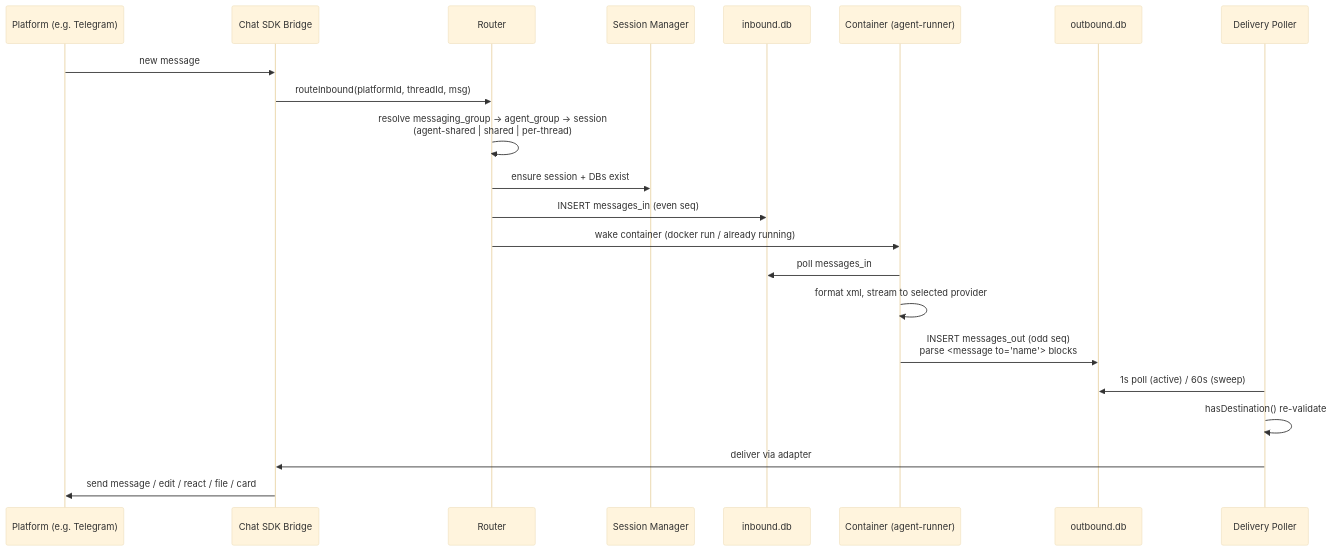
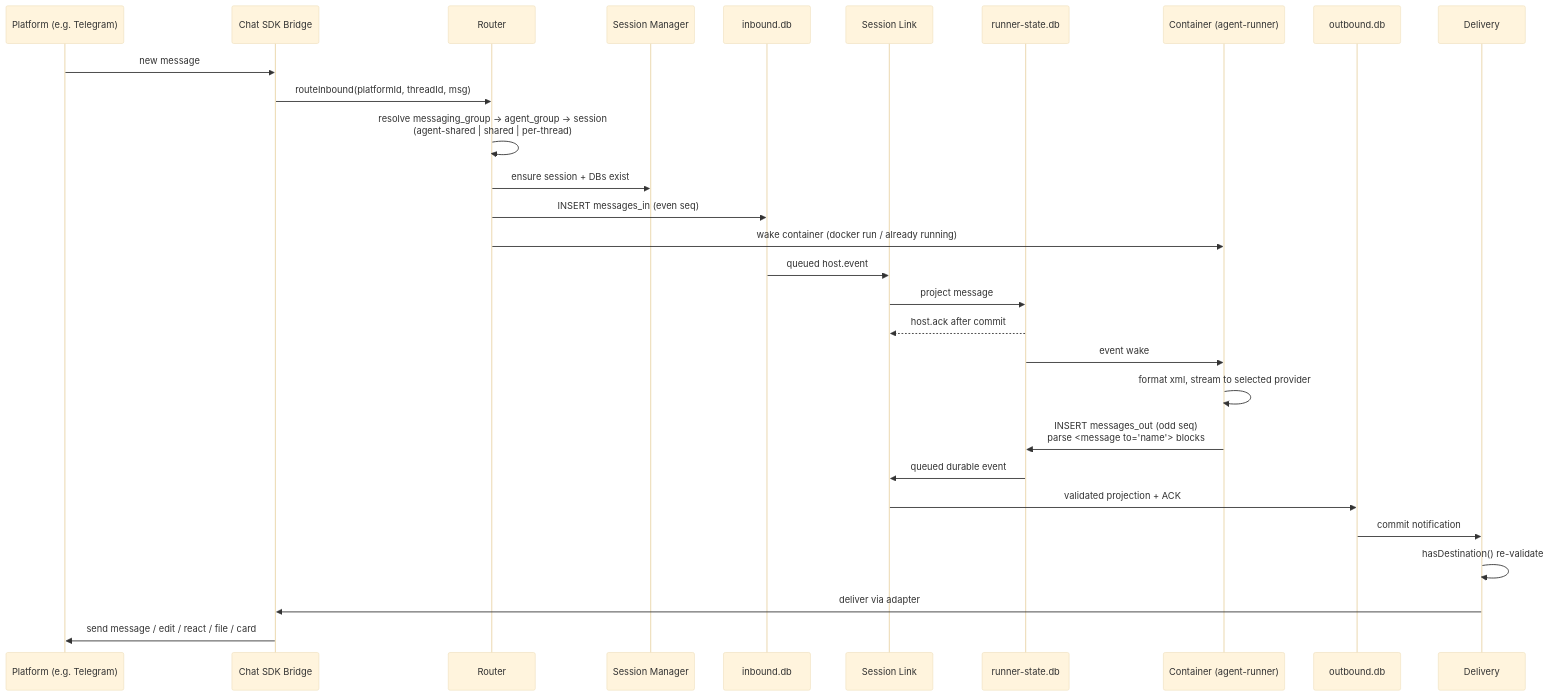
The second of 5 diagrams in docs/architecture-diagram.md (dtreskunov/bananaclaw), drawn with Mermaid (base theme) before and after one commit. The commit also changed other lines of this file and 11 other files, not shown here.

First line of the commit message:
docs(architecture): describe bidirectional session projection

````diff
--- a/docs/architecture-diagram.md
+++ b/docs/architecture-diagram.md
@@ -80,25 +82,32 @@
 ```mermaid
 sequenceDiagram
   participant P as Platform (e.g. Telegram)
   participant B as Chat SDK Bridge
   participant R as Router
   participant SM as Session Manager
   participant IDB as inbound.db
+  participant L as Session Link
+  participant RS as runner-state.db
   participant C as Container (agent-runner)
   participant ODB as outbound.db
-  participant D as Delivery Poller
+  participant D as Delivery
 
   P->>B: new message
   B->>R: routeInbound(platformId, threadId, msg)
   R->>R: resolve messaging_group -> agent_group -> session<br/>(agent-shared | shared | per-thread)
   R->>SM: ensure session + DBs exist
   R->>IDB: INSERT messages_in (even seq)
   R->>C: wake container (docker run / already running)
-  C->>IDB: poll messages_in
+  IDB->>L: queued host.event
+  L->>RS: project message
+  RS-->>L: host.ack after commit
+  RS->>C: event wake
   C->>C: format xml, stream to selected provider
-  C->>ODB: INSERT messages_out (odd seq)<br/>parse <message to="name"> blocks
-  D->>ODB: 1s poll (active) / 60s (sweep)
+  C->>RS: INSERT messages_out (odd seq)<br/>parse <message to="name"> blocks
+  RS->>L: queued durable event
+  L->>ODB: validated projection + ACK
+  ODB->>D: commit notification
   D->>D: hasDestination() re-validate
   D->>B: deliver via adapter
   B->>P: send message / edit / react / file / card
 ```
````
